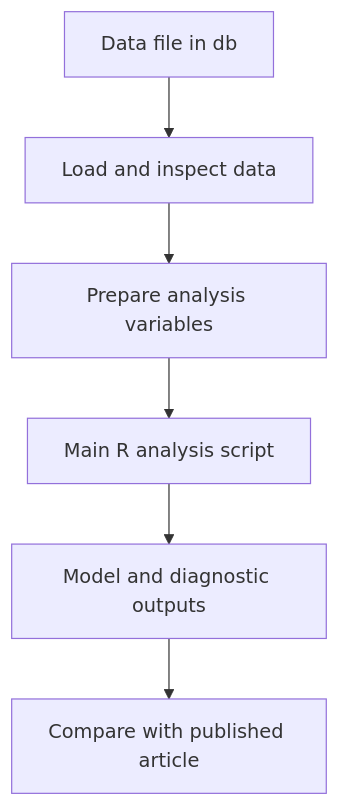
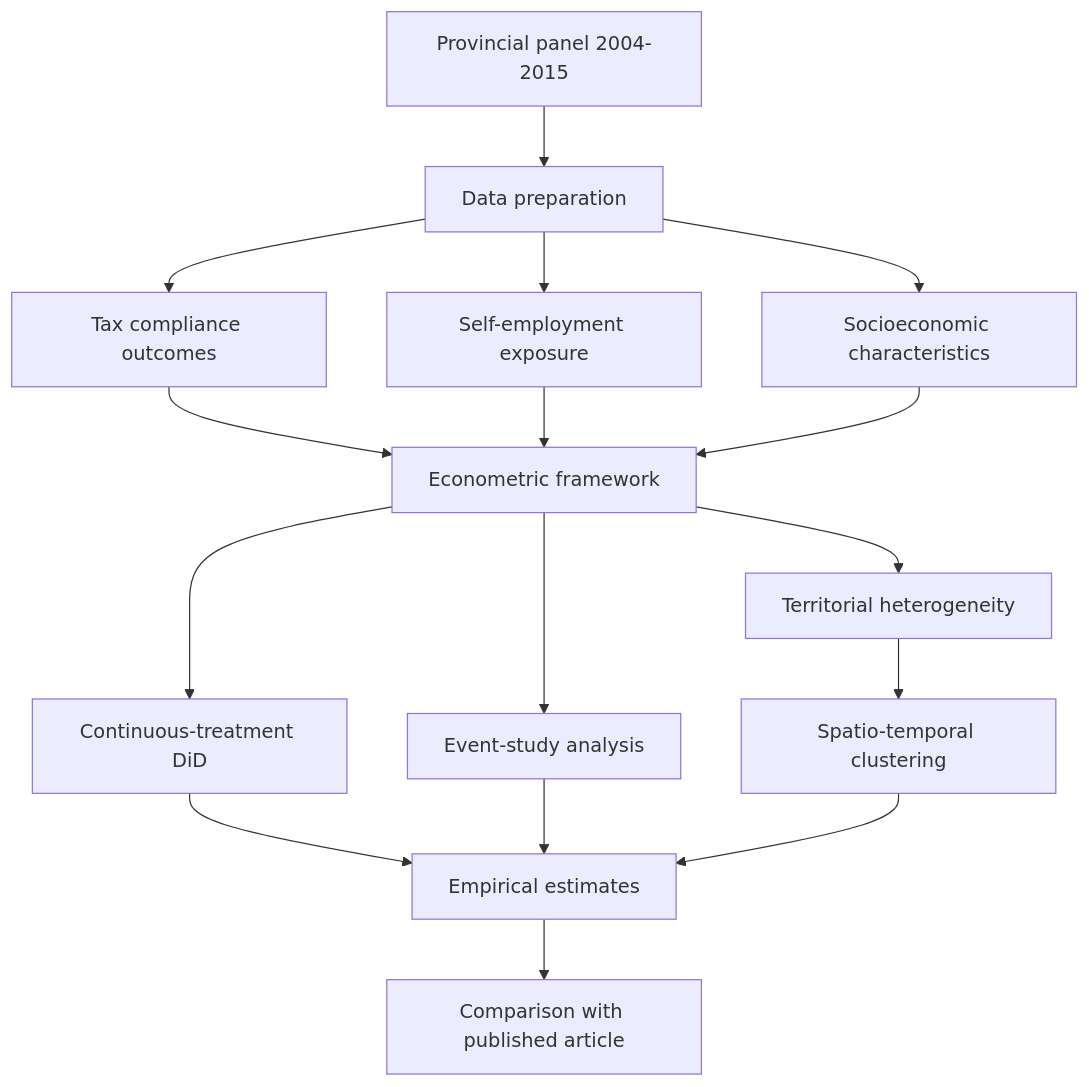
One commit to gmonturano/tax_evation_self_employed changed the diagram in README.md. Above: the diagram before and after it, drawn with Mermaid. The commit also changed other lines of this file, not shown here.

````diff
--- a/README.md
+++ b/README.md
@@ -25,8 +82,24 @@
 ```mermaid
 flowchart TD
-    A[Data file in db] --> B[Load and inspect data]
-    B --> C[Prepare analysis variables]
-    C --> D[Main R analysis script]
-    D --> E[Model and diagnostic outputs]
-    E --> F[Compare with published article]
+    A[Provincial panel 2004-2015] --> B[Data preparation]
+
+    B --> C1[Tax compliance outcomes]
+    B --> C2[Self-employment exposure]
+    B --> C3[Socioeconomic characteristics]
+
+    C1 --> D[Econometric framework]
+    C2 --> D
+    C3 --> D
+
+    D --> E1[Continuous-treatment DiD]
+    D --> E2[Event-study analysis]
+    D --> E3[Territorial heterogeneity]
+
+    E3 --> F[Spatio-temporal clustering]
+
+    E1 --> G[Empirical estimates]
+    E2 --> G
+    F --> G
+
+    G --> H[Comparison with published article]
 ```
````
